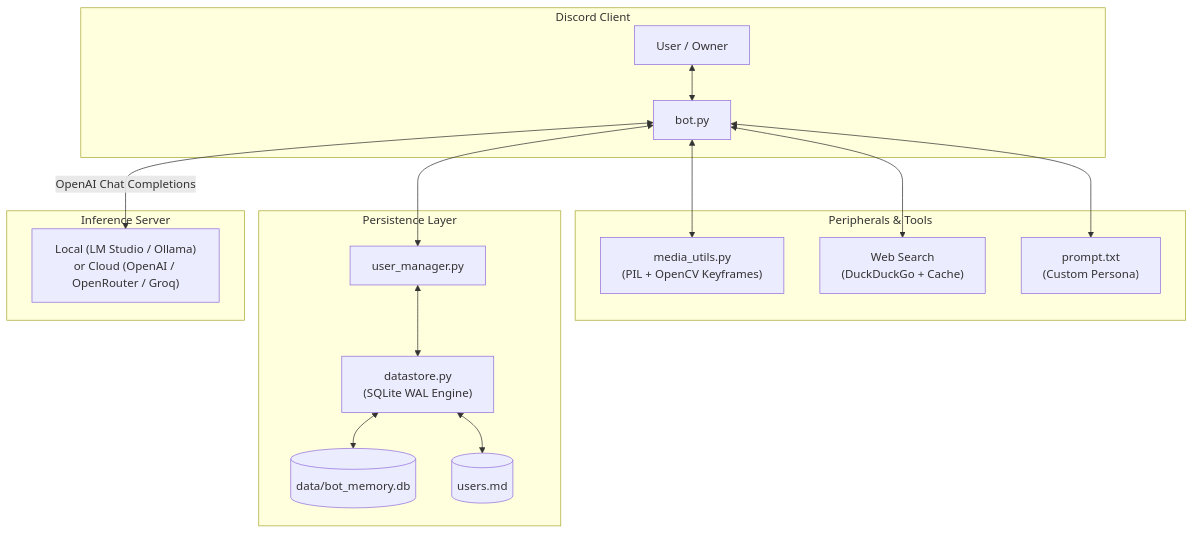
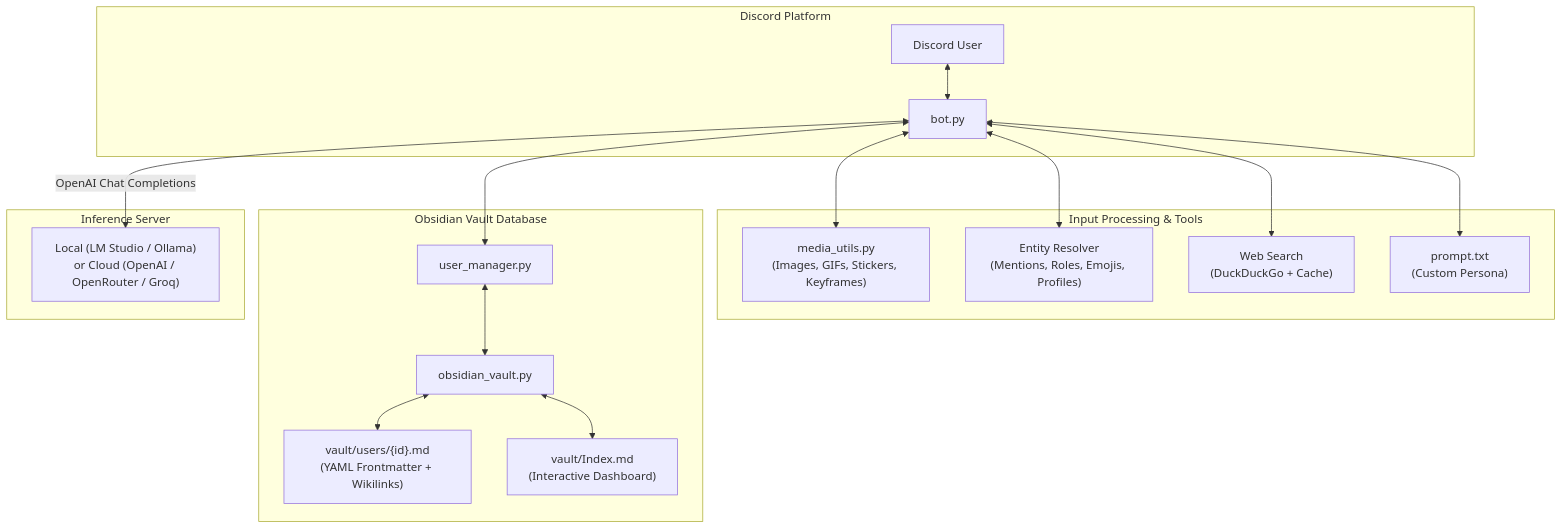
Before and after one commit to ItsDTYT/Disco-AI: the diagram in README.md, drawn with Mermaid. The commit also changed other lines of this file and 13 other files, not shown here.

Commit message:
feat: upgrade to Obsidian Vault, multimodal vision handling, profile dossiers, and entity resolver

````diff
--- a/README.md
+++ b/README.md
@@ -95,23 +86,24 @@
 ```mermaid
 flowchart TD
-    subgraph Discord["Discord Client"]
-        User["User / Owner"] <--> Bot["bot.py"]
+    subgraph Discord["Discord Platform"]
+        User["Discord User"] <--> Bot["bot.py"]
     end
 
-    subgraph Peripherals["Peripherals & Tools"]
-        Bot <--> Media["media_utils.py<br/>(PIL + OpenCV Keyframes)"]
+    subgraph Peripherals["Input Processing & Tools"]
+        Bot <--> Media["media_utils.py<br/>(Images, GIFs, Stickers, Keyframes)"]
+        Bot <--> Resolver["Entity Resolver<br/>(Mentions, Roles, Emojis, Profiles)"]
         Bot <--> Search["Web Search<br/>(DuckDuckGo + Cache)"]
         Bot <--> Prompt["prompt.txt<br/>(Custom Persona)"]
     end
 
-    subgraph Storage["Persistence Layer"]
+    subgraph Storage["Obsidian Vault Database"]
         Bot <--> UserMgr["user_manager.py"]
-        UserMgr <--> DataStore["datastore.py<br/>(SQLite WAL Engine)"]
-        DataStore <--> DB[("data/bot_memory.db")]
-        DataStore <--> Dossier[("users.md")]
+        UserMgr <--> Vault["obsidian_vault.py"]
+        Vault <--> Notes["vault/users/{id}.md<br/>(YAML Frontmatter + Wikilinks)"]
+        Vault <--> Index["vault/Index.md<br/>(Interactive Dashboard)"]
     end
 
     subgraph Backend["Inference Server"]
         Bot <-->|OpenAI Chat Completions| Engine["Local (LM Studio / Ollama)<br/>or Cloud (OpenAI / OpenRouter / Groq)"]
     end
 ```
````
